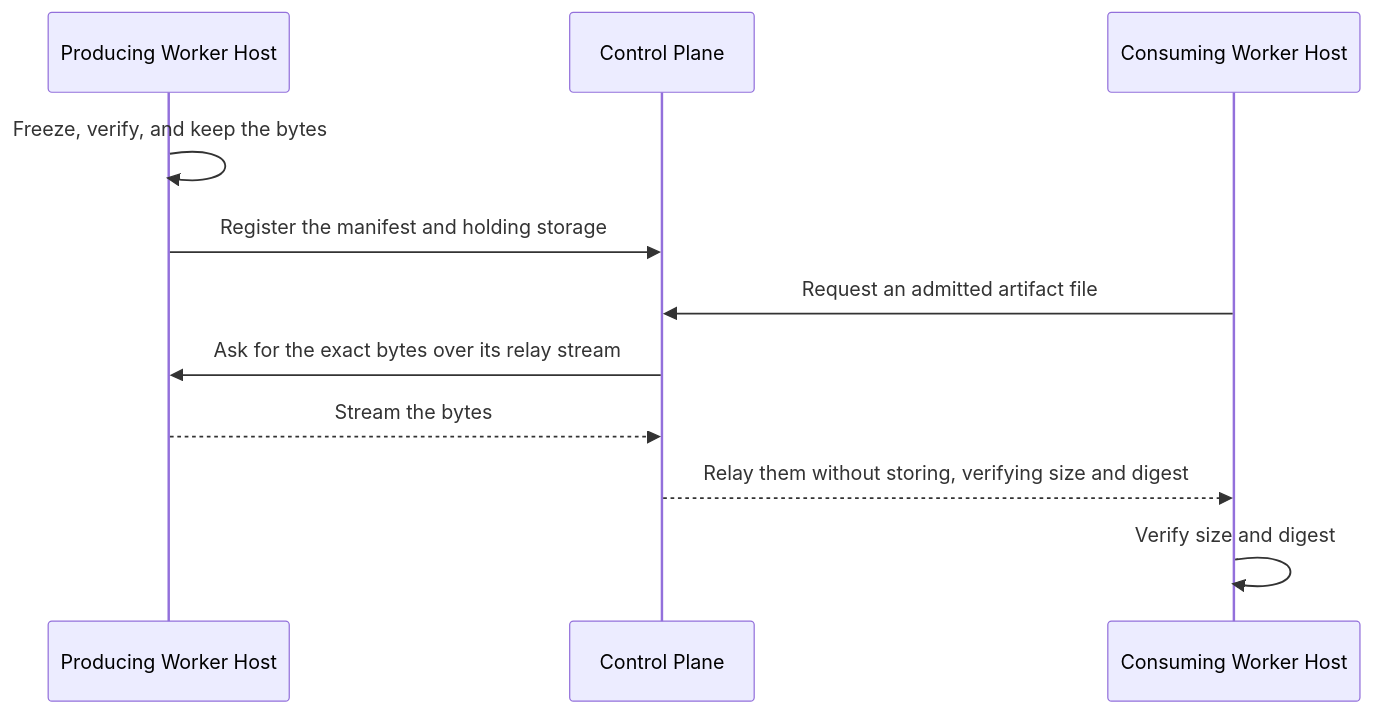
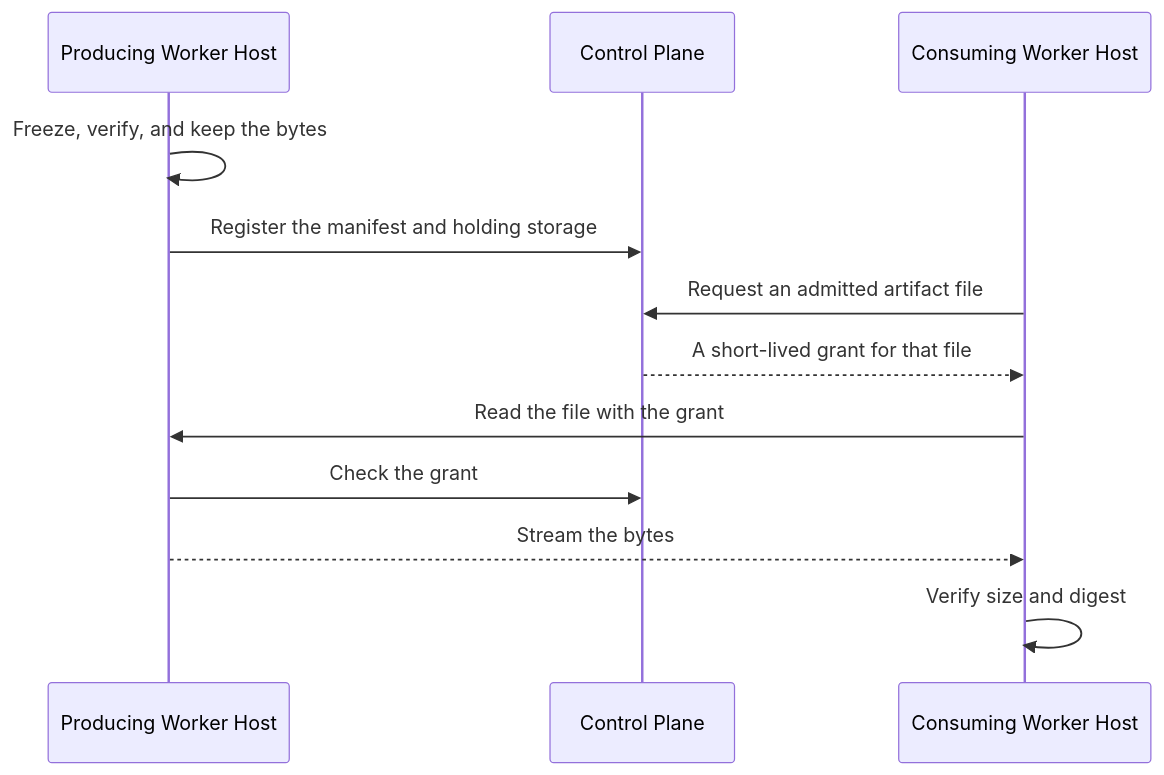
The diagram in docs/reference/artifacts.md (atemaguer/supertag), drawn with Mermaid before and after one commit. The commit also changed other lines of this file and 33 other files, not shown here.

First line of the commit message:
Read acquired artifacts on Worker Hosts, never through the Control Plane

````diff
--- a/docs/reference/artifacts.md
+++ b/docs/reference/artifacts.md
@@ -25,14 +26,15 @@
 ```mermaid
 sequenceDiagram
     participant Producer as Producing Worker Host
     participant Control as Control Plane
     participant Consumer as Consuming Worker Host
 
     Producer->>Producer: Freeze, verify, and keep the bytes
     Producer->>Control: Register the manifest and holding storage
     Consumer->>Control: Request an admitted artifact file
-    Control->>Producer: Ask for the exact bytes over its relay stream
-    Producer-->>Control: Stream the bytes
-    Control-->>Consumer: Relay them without storing, verifying size and digest
+    Control-->>Consumer: A short-lived grant for that file
+    Consumer->>Producer: Read the file with the grant
+    Producer->>Control: Check the grant
+    Producer-->>Consumer: Stream the bytes
     Consumer->>Consumer: Verify size and digest
 ```
````
